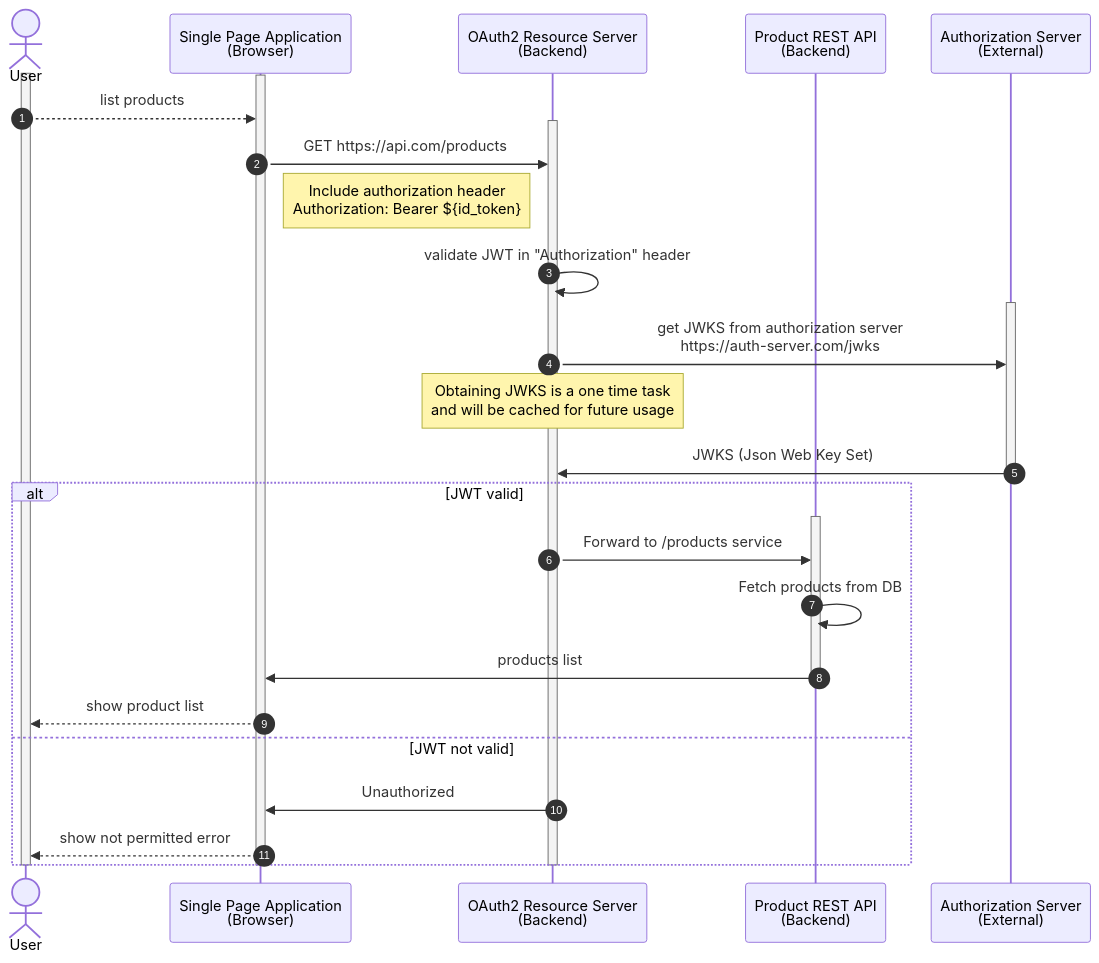
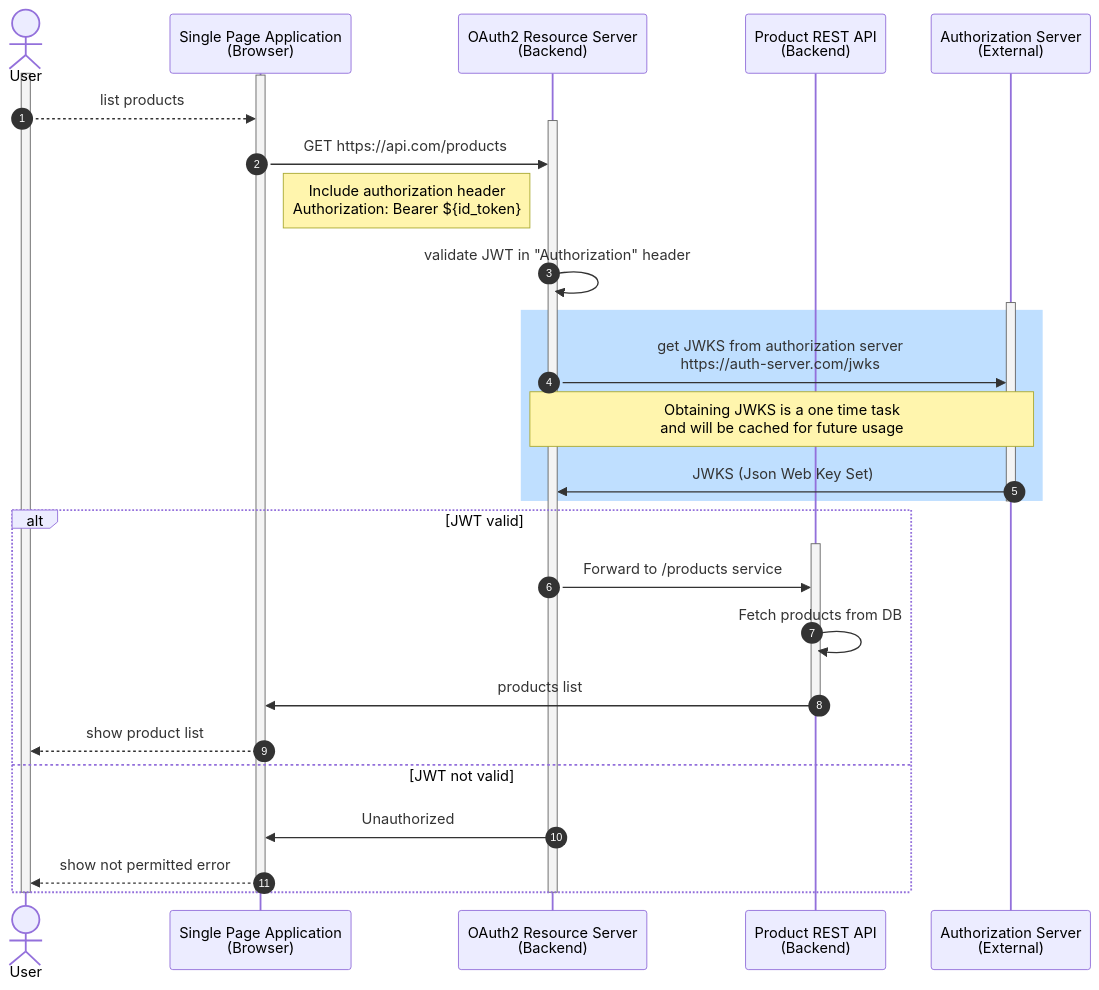
Before and after one commit to IMS94/spring-boot-jwt-auth-server: the second of 2 diagrams in README.md, drawn with Mermaid. The commit also changed other lines of this file, not shown here.

Commit message:
Update API call sequence diagram

````diff
--- a/README.md
+++ b/README.md
@@ -63,48 +63,48 @@
 ```mermaid
 sequenceDiagram
     autonumber
     
     actor User
     participant SPA as Single Page Application<br/>(Browser)
     participant Filter as OAuth2 Resource Server<br>(Backend)
     participant API as Product REST API<br>(Backend)
     participant Auth as Authorization Server<br>(External)
     
     activate User
     activate SPA
     
     User -->> SPA: list products
     
     activate Filter
     
     SPA ->> Filter: GET https://api.com/products
     Note right of SPA: Include authorization header<br/>Authorization: Bearer ${id_token}
-
-    %%rect rgb(191, 223, 255)
+    
     Filter ->> Filter: validate JWT in "Authorization" header
     
     activate Auth
+    rect rgb(191, 223, 255)
     Filter ->> Auth: get JWKS from authorization server<br/>https://auth-server.com/jwks
-    Note over Filter: Obtaining JWKS is a one time task<br/>and will be cached for future usage
+    Note over Filter,Auth: Obtaining JWKS is a one time task<br/>and will be cached for future usage
     Auth ->> Filter: JWKS (Json Web Key Set)
+    end
     deactivate Auth
     
     alt JWT valid
         activate API
         Filter ->> API: Forward to /products service
         API ->> API: Fetch products from DB
         API ->> SPA: products list
         deactivate API
         SPA -->> User: show product list
     else JWT not valid
         Filter ->> SPA: Unauthorized
         SPA -->> User: show not permitted error
     end
     
     deactivate Filter
     
-    %%end
     deactivate User
     deactivate SPA
 
 ```
````
